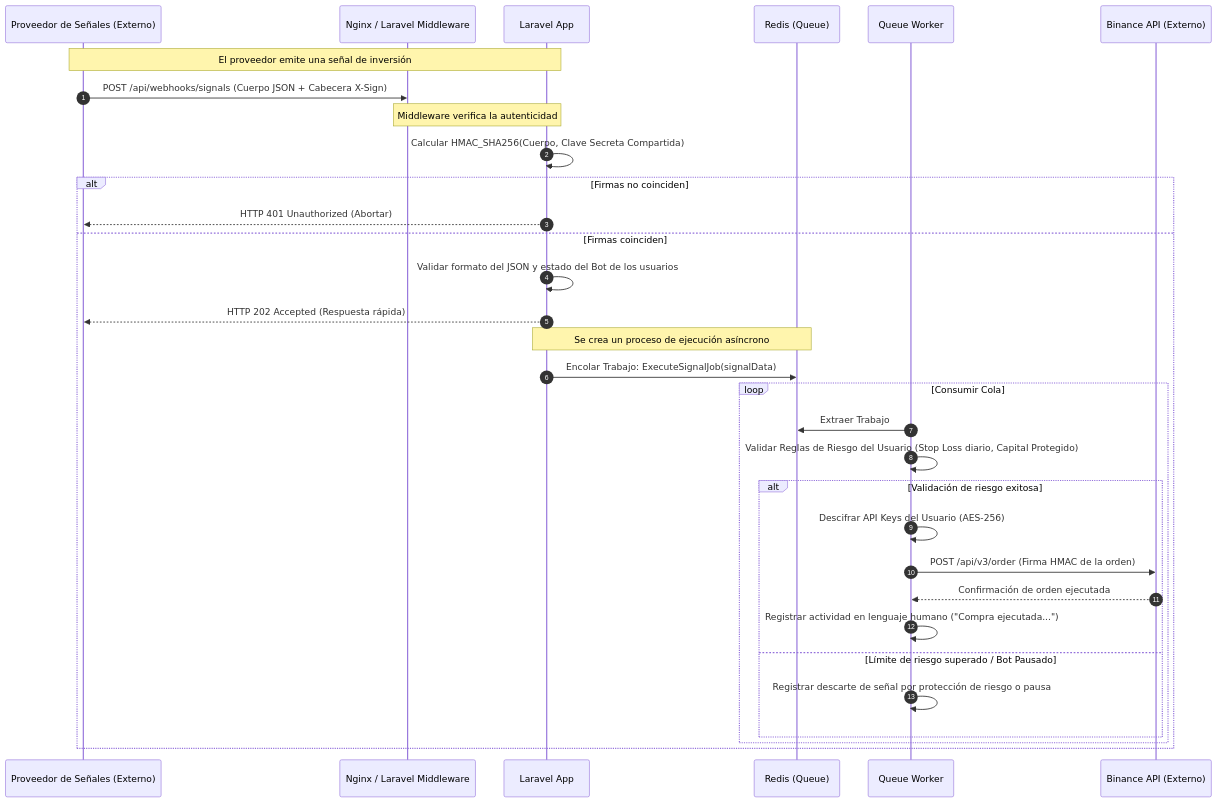
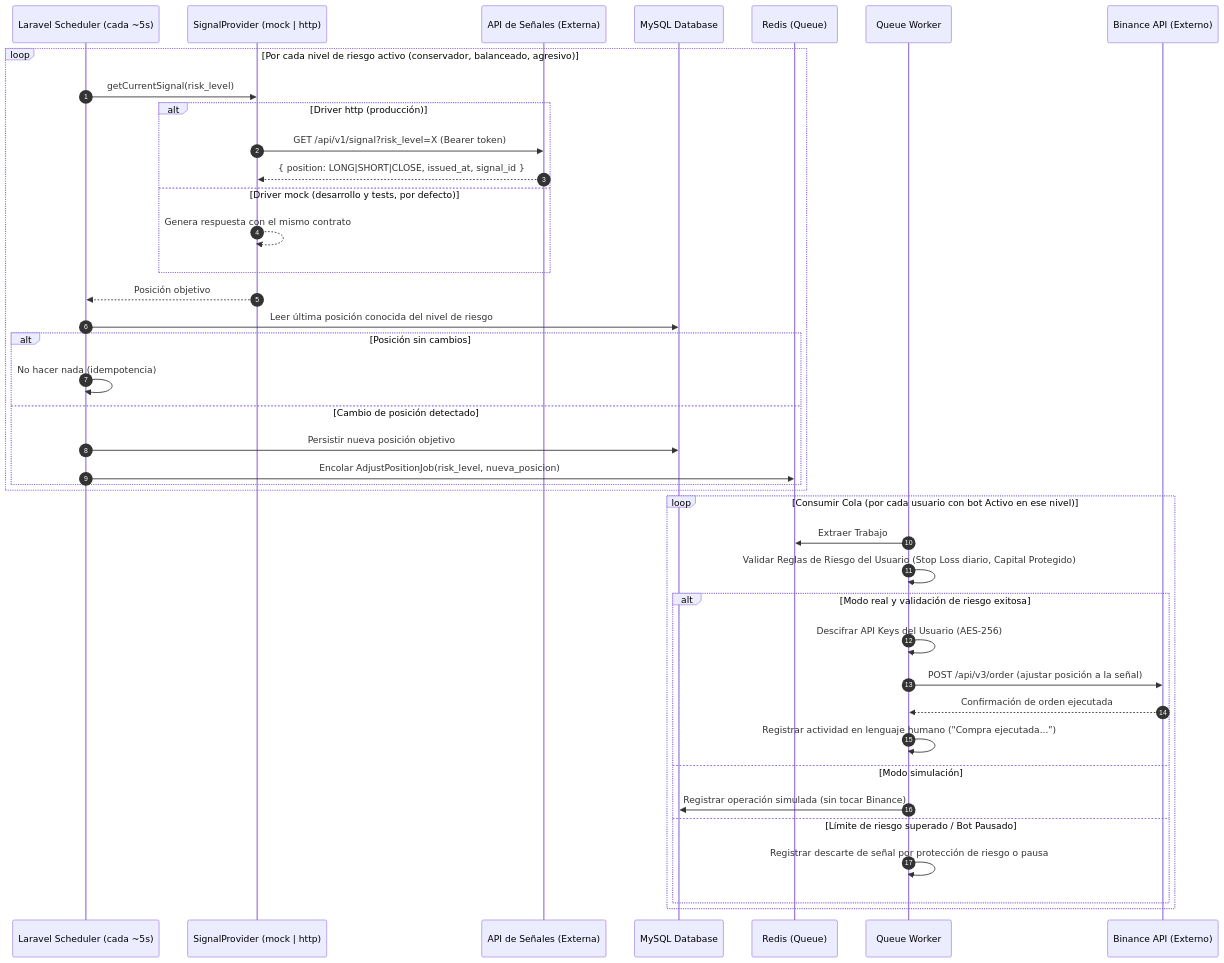
Before and after one commit to iranvibo/inversion-optimizada: the third of 6 diagrams in docs/architecture.md, drawn with Mermaid. The commit also changed other lines of this file and 10 other files, not shown here.

Commit message:
docs: update documentation, diagrams, and project memory files with new capital flow visualization

````diff
--- a/docs/architecture.md
+++ b/docs/architecture.md
@@ -100,36 +116,44 @@
 ```mermaid
 sequenceDiagram
     autonumber
-    participant Prov as Proveedor de Señales (Externo)
-    participant Nginx as Nginx / Laravel Middleware
-    participant Laravel as Laravel App
+    participant Scheduler as Laravel Scheduler (cada ~5s)
+    participant Provider as SignalProvider (mock | http)
+    participant API as API de Señales (Externa)
+    participant DB as MySQL Database
     participant Redis as Redis (Queue)
     participant Worker as Queue Worker
     participant Binance as Binance API (Externo)
 
-    Note over Prov, Laravel: El proveedor emite una señal de inversión
-    Prov->>Nginx: POST /api/webhooks/signals (Cuerpo JSON + Cabecera X-Sign)
-    Note over Nginx, Laravel: Middleware verifica la autenticidad
-    Laravel->>Laravel: Calcular HMAC_SHA256(Cuerpo, Clave Secreta Compartida)
-    alt Firmas no coinciden
-        Laravel-->>Prov: HTTP 401 Unauthorized (Abortar)
-    else Firmas coinciden
-        Laravel->>Laravel: Validar formato del JSON y estado del Bot de los usuarios
-        Laravel-->>Prov: HTTP 202 Accepted (Respuesta rápida)
-        Note over Laravel, Redis: Se crea un proceso de ejecución asíncrono
-        Laravel->>Redis: Encolar Trabajo: ExecuteSignalJob(signalData)
-        
-        loop Consumir Cola
-            Worker->>Redis: Extraer Trabajo
-            Worker->>Worker: Validar Reglas de Riesgo del Usuario (Stop Loss diario, Capital Protegido)
-            alt Validación de riesgo exitosa
-                Worker->>Worker: Descifrar API Keys del Usuario (AES-256)
-                Worker->>Binance: POST /api/v3/order (Firma HMAC de la orden)
-                Binance-->>Worker: Confirmación de orden ejecutada
-                Worker->>Worker: Registrar actividad en lenguaje humano ("Compra ejecutada...")
-            else Límite de riesgo superado / Bot Pausado
-                Worker->>Worker: Registrar descarte de señal por protección de riesgo o pausa
-            end
+    loop Por cada nivel de riesgo activo (conservador, balanceado, agresivo)
+        Scheduler->>Provider: getCurrentSignal(risk_level)
+        alt Driver http (producción)
+            Provider->>API: GET /api/v1/signal?risk_level=X (Bearer token)
+            API-->>Provider: { position: LONG|SHORT|CLOSE, issued_at, signal_id }
+        else Driver mock (desarrollo y tests, por defecto)
+            Provider-->>Provider: Genera respuesta con el mismo contrato
+        end
+        Provider-->>Scheduler: Posición objetivo
+        Scheduler->>DB: Leer última posición conocida del nivel de riesgo
+        alt Posición sin cambios
+            Scheduler->>Scheduler: No hacer nada (idempotencia)
+        else Cambio de posición detectado
+            Scheduler->>DB: Persistir nueva posición objetivo
+            Scheduler->>Redis: Encolar AdjustPositionJob(risk_level, nueva_posicion)
+        end
+    end
+
+    loop Consumir Cola (por cada usuario con bot Activo en ese nivel)
+        Worker->>Redis: Extraer Trabajo
+        Worker->>Worker: Validar Reglas de Riesgo del Usuario (Stop Loss diario, Capital Protegido)
+        alt Modo real y validación de riesgo exitosa
+            Worker->>Worker: Descifrar API Keys del Usuario (AES-256)
+            Worker->>Binance: POST /api/v3/order (ajustar posición a la señal)
+            Binance-->>Worker: Confirmación de orden ejecutada
+            Worker->>Worker: Registrar actividad en lenguaje humano ("Compra ejecutada...")
+        else Modo simulación
+            Worker->>DB: Registrar operación simulada (sin tocar Binance)
+        else Límite de riesgo superado / Bot Pausado
+            Worker->>Worker: Registrar descarte de señal por protección de riesgo o pausa
         end
     end
 ```
````
